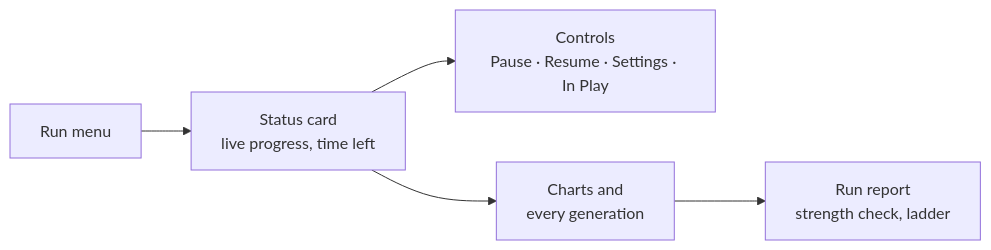
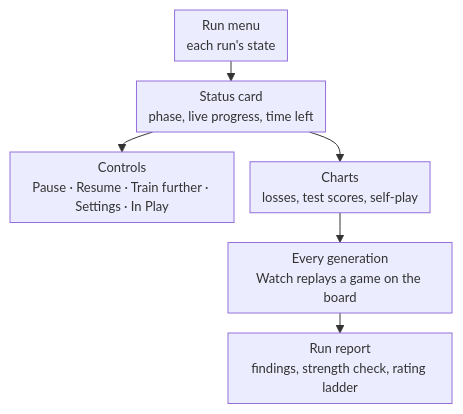
One commit to Aditya-00786/csf407-fable-chaturanga-zero changed the second of 2 diagrams in docs/WEB_APP.md. Above: the diagram before and after it, drawn with Mermaid. The commit also changed other lines of this file and 8 other files, not shown here.

First line of the commit message:
docs: full diagrams again, sized to fit a screen; Milestone 4 at 95%

````diff
--- a/docs/WEB_APP.md
+++ b/docs/WEB_APP.md
@@ -96,5 +97,9 @@
 ```mermaid
-flowchart LR
-    M["Run menu"] --> S["Status card<br/>live progress, time left"] --> C["Controls<br/>Pause · Resume · Settings · In Play"]
-    S --> CH["Charts and<br/>every generation"] --> RR["Run report<br/>strength check, ladder"]
+%%{init: {"flowchart": {"nodeSpacing": 16, "rankSpacing": 20, "padding": 6, "diagramPadding": 4, "subGraphTitleMargin": {"top": 4, "bottom": 4}}, "themeVariables": {"fontSize": "13px"}}}%%
+flowchart TB
+    M[Run menu<br/>each run's state] --> S[Status card<br/>phase, live progress, time left]
+    S --> C[Controls<br/>Pause · Resume · Train further · Settings · In Play]
+    S --> CH[Charts<br/>losses, test scores, self-play]
+    CH --> GT[Every generation<br/>Watch replays a game on the board]
+    GT --> RR[Run report<br/>findings, strength check, rating ladder]
 ```
````
